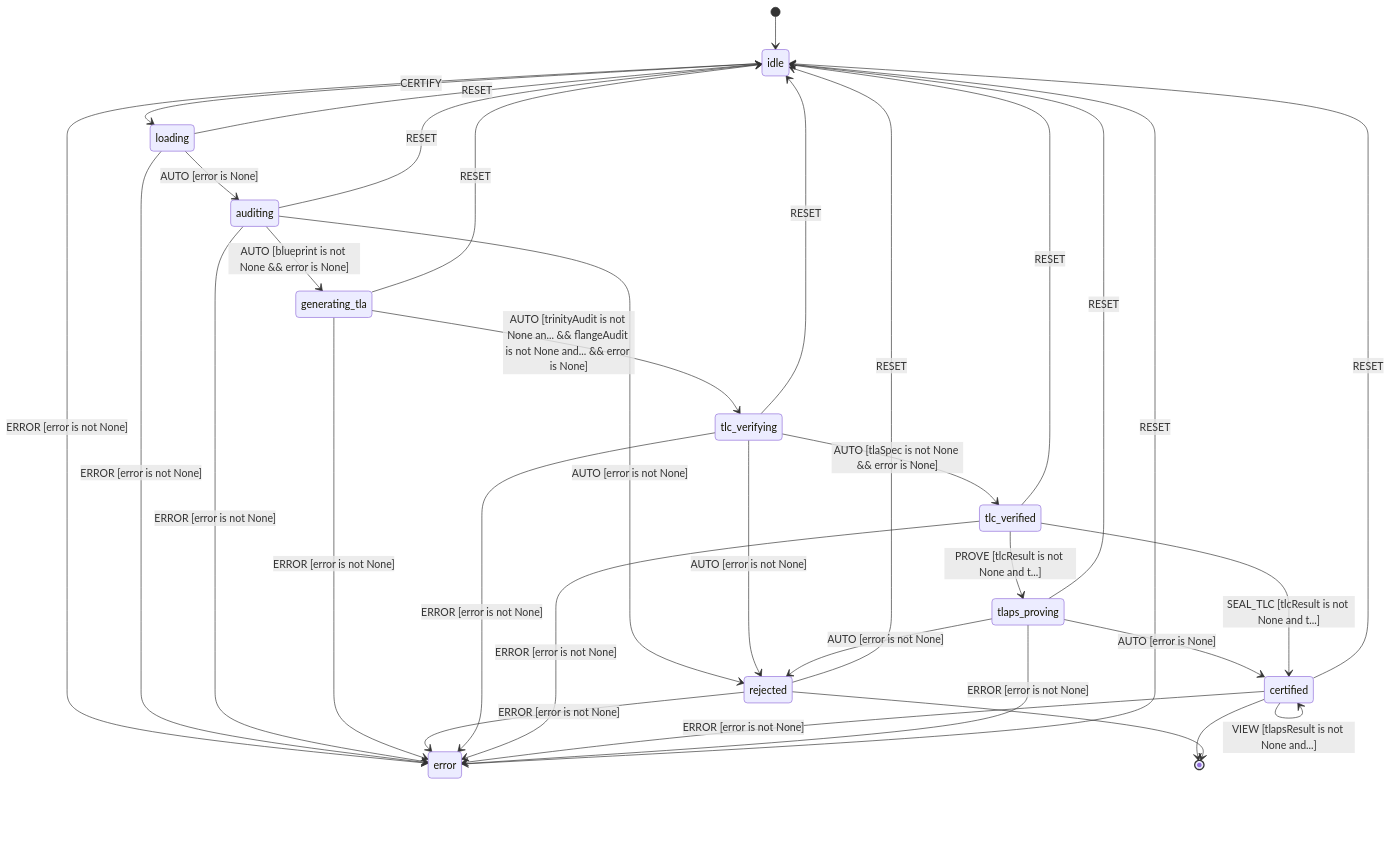
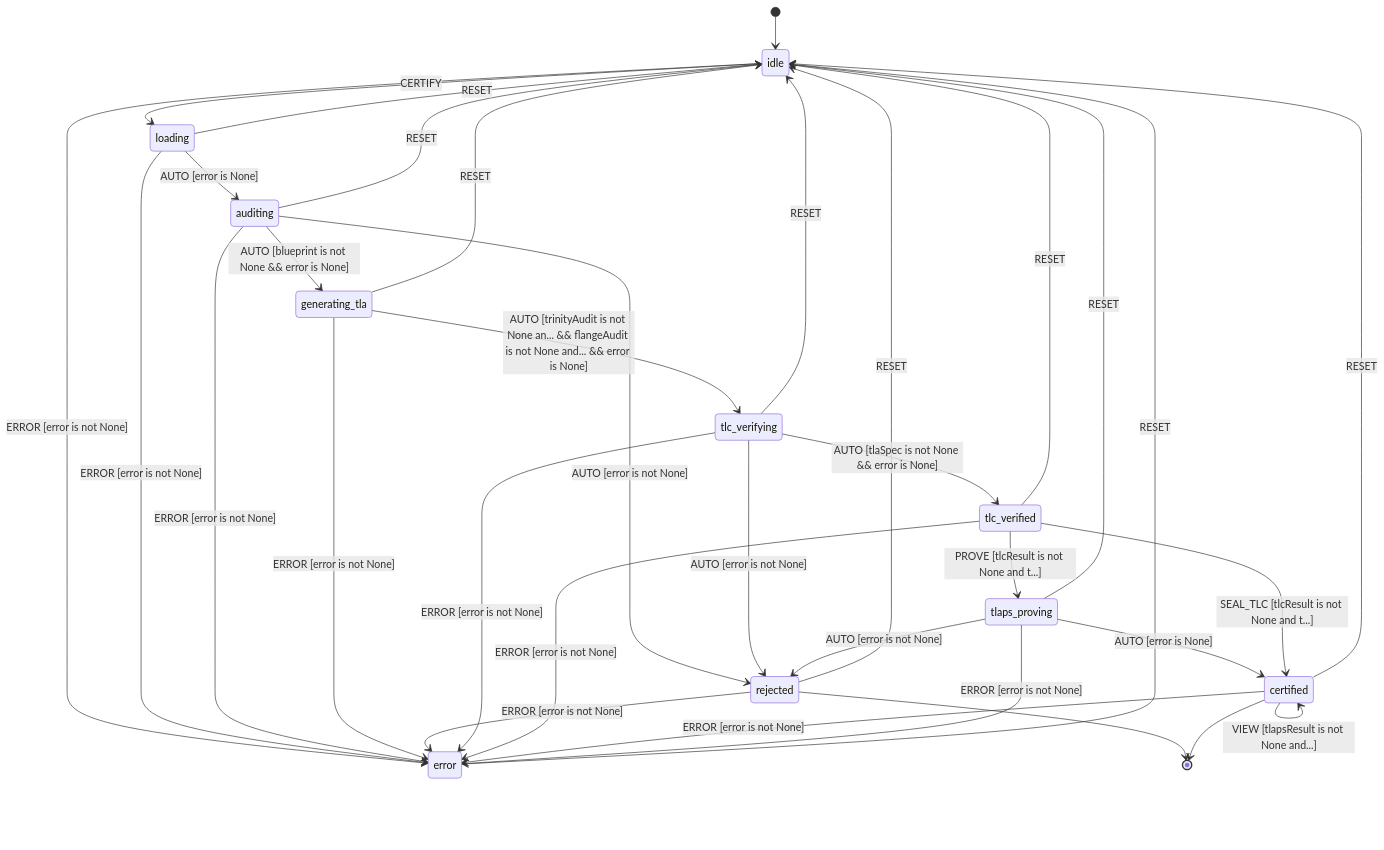
One commit to rhCat/lpp changed the diagram in utils/tlaps_seal/README.md. Above: the diagram before and after it, drawn with Mermaid. The commit also changed other lines of this file and 38 other files, not shown here.

Commit message:
feat: updating the function graph to allow selection and viewting

````diff
--- a/utils/tlaps_seal/README.md
+++ b/utils/tlaps_seal/README.md
@@ -31,37 +31,37 @@
 ```mermaid
 stateDiagram-v2
     %% L++ State Diagram: TLAPS Seal Certifier
     [*] --> idle
     idle --> loading : CERTIFY
     loading --> auditing : AUTO [error is None]
     auditing --> generating_tla : AUTO [blueprint is not None && error is None]
     generating_tla --> tlc_verifying : AUTO [trinityAudit is not None an... && flangeAudit is not None and... && error is None]
     tlc_verifying --> tlc_verified : AUTO [tlaSpec is not None && error is None]
     tlc_verified --> tlaps_proving : PROVE [tlcResult is not None and t...]
     tlaps_proving --> certified : AUTO [error is None]
     tlc_verified --> certified : SEAL_TLC [tlcResult is not None and t...]
     auditing --> rejected : AUTO [error is not None]
     tlc_verifying --> rejected : AUTO [error is not None]
     tlaps_proving --> rejected : AUTO [error is not None]
     idle --> error : ERROR [error is not None]
     loading --> error : ERROR [error is not None]
     auditing --> error : ERROR [error is not None]
     generating_tla --> error : ERROR [error is not None]
     rejected --> error : ERROR [error is not None]
     tlc_verifying --> error : ERROR [error is not None]
     tlc_verified --> error : ERROR [error is not None]
     certified --> error : ERROR [error is not None]
     tlaps_proving --> error : ERROR [error is not None]
     error --> idle : RESET
     loading --> idle : RESET
     auditing --> idle : RESET
     generating_tla --> idle : RESET
     rejected --> idle : RESET
     tlc_verifying --> idle : RESET
     tlc_verified --> idle : RESET
     certified --> idle : RESET
     tlaps_proving --> idle : RESET
     certified --> certified : VIEW [tlapsResult is not None and...]
+    rejected --> [*]
     certified --> [*]
-    rejected --> [*]
 ```
````
